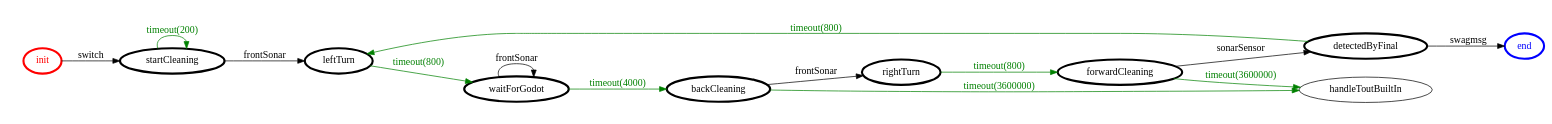
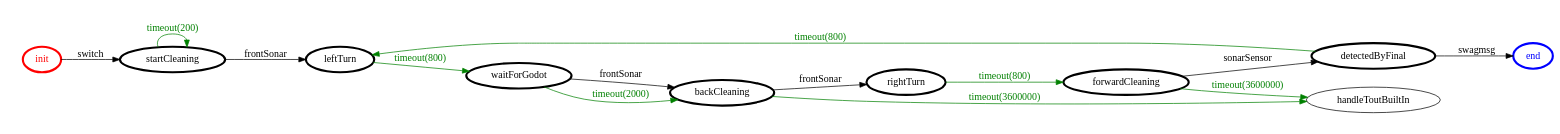
Before and after one commit to FFrabetti/ProgettoISS_relazione: the diagram in it.unibo.finalTask2018/srcMore/it/unibo/swag3/swag3.gv, drawn with Graphviz. The commit also changed 25 other files, not shown here.

```diff
--- a/it.unibo.finalTask2018/srcMore/it/unibo/swag3/swag3.gv
+++ b/it.unibo.finalTask2018/srcMore/it/unibo/swag3/swag3.gv
@@ -1,35 +1,35 @@
 /*
 *
 * A GraphViz DOT FSM description 
 * Please use a GraphViz visualizer (like http://www.webgraphviz.com)
 *  
 */
 
 digraph finite_state_machine {
 	rankdir=LR
 	size="8,5"
 	
 	init [ color = red ][ fontcolor = red ][ penwidth = 3 ]
 	forwardCleaning [ color = black ][ fontcolor = black ][ penwidth = 3 ]
 	rightTurn [ color = black ][ fontcolor = black ][ penwidth = 3 ]
 	waitForGodot [ color = black ][ fontcolor = black ][ penwidth = 3 ]
 	startCleaning [ color = black ][ fontcolor = black ][ penwidth = 3 ]
 	detectedByFinal [ color = black ][ fontcolor = black ][ penwidth = 3 ]
 	leftTurn [ color = black ][ fontcolor = black ][ penwidth = 3 ]
 	backCleaning [ color = black ][ fontcolor = black ][ penwidth = 3 ]
 	end [ color = blue ][ fontcolor = blue ][ penwidth = 3 ]
 	
+	waitForGodot -> backCleaning [ label = "frontSonar" ][ color = black ][ fontcolor = black ]
 	detectedByFinal -> end [ label = "swagmsg" ][ color = black ][ fontcolor = black ]
 	backCleaning -> rightTurn [ label = "frontSonar" ][ color = black ][ fontcolor = black ]
-	waitForGodot -> waitForGodot [ label = "frontSonar" ][ color = black ][ fontcolor = black ]
 	startCleaning -> startCleaning [ label = "timeout(200)" ][ color = green ][ fontcolor = green ]
 	init -> startCleaning [ label = "switch" ][ color = black ][ fontcolor = black ]
 	leftTurn -> waitForGodot [ label = "timeout(800)" ][ color = green ][ fontcolor = green ]
-	waitForGodot -> backCleaning [ label = "timeout(4000)" ][ color = green ][ fontcolor = green ]
 	startCleaning -> leftTurn [ label = "frontSonar" ][ color = black ][ fontcolor = black ]
 	rightTurn -> forwardCleaning [ label = "timeout(800)" ][ color = green ][ fontcolor = green ]
 	forwardCleaning -> detectedByFinal [ label = "sonarSensor" ][ color = black ][ fontcolor = black ]
 	detectedByFinal -> leftTurn [ label = "timeout(800)" ][ color = green ][ fontcolor = green ]
+	waitForGodot -> backCleaning [ label = "timeout(2000)" ][ color = green ][ fontcolor = green ]
 	forwardCleaning -> handleToutBuiltIn [ label = "timeout(3600000)" ][ color = green ][ fontcolor = green ]
 	backCleaning -> handleToutBuiltIn [ label = "timeout(3600000)" ][ color = green ][ fontcolor = green ]
 }
```
